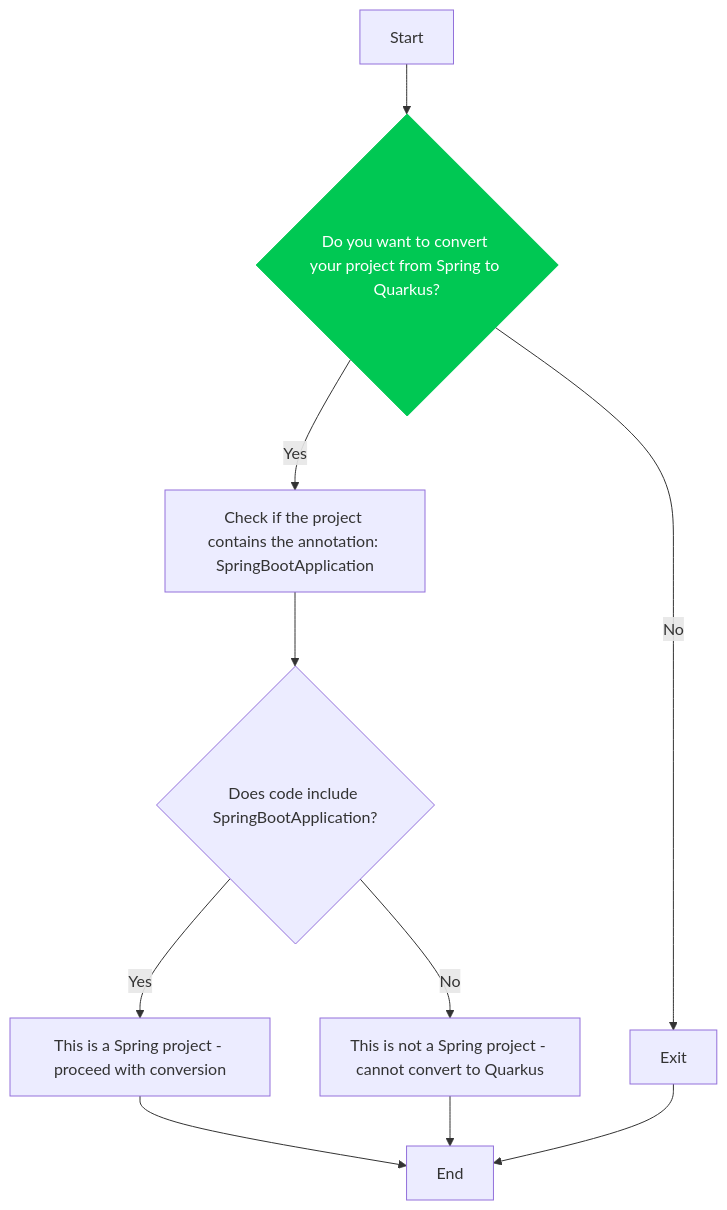
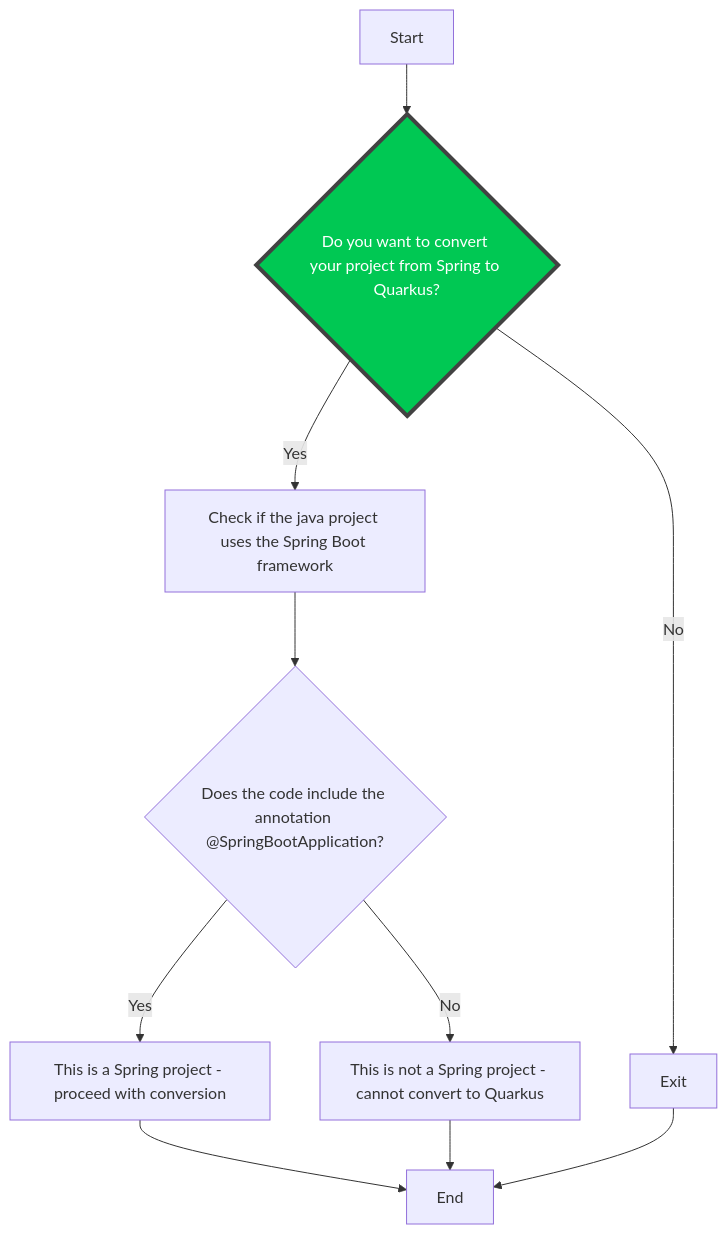
Before and after one commit to snowdrop/springboot-to-quarkus-migration: the diagram in diagrams/spring-to-quarkus.mmd, drawn with Mermaid.

Commit message:
Update the mermaid diagram. Review 1

```diff
--- a/diagrams/spring-to-quarkus.mmd
+++ b/diagrams/spring-to-quarkus.mmd
@@ -1,12 +1,12 @@
 flowchart TD
-      A[Start] --> B{Do you want to convert your project from Spring to Quarkus?}
-      B -->|No| C[Exit]
-      B -->|Yes| D[Check if the project contains the annotation: SpringBootApplication]
-      D --> E{Does code include SpringBootApplication?}
-      E -->|Yes| F[This is a Spring project - proceed with conversion]
-      E -->|No| G[This is not a Spring project - cannot convert to Quarkus]
-      F --> H[End]
-      G --> H[End]
-      C --> H[End]
-    
-    style B stroke:#00C853,fill:#00C853,color:#FFFFFF
+    A["Start"] --> B{"Do you want to convert your project from Spring to Quarkus?"}
+    B -- No --> C["Exit"]
+    B -- Yes --> D["Check if the java project uses the Spring Boot framework"]
+    D --> E{"Does the code include the annotation @SpringBootApplication?"}
+    E -- Yes --> F["This is a Spring project - proceed with conversion"]
+    E -- No --> G["This is not a Spring project - cannot convert to Quarkus"]
+    F --> H["End"]
+    G --> H
+    C --> H
+
+    style B stroke:#424242,fill:#00C853,color:#FFFFFF,stroke-width:4px,stroke-dasharray: 0
```
